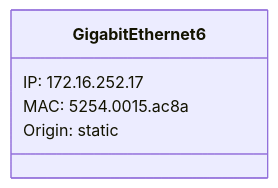
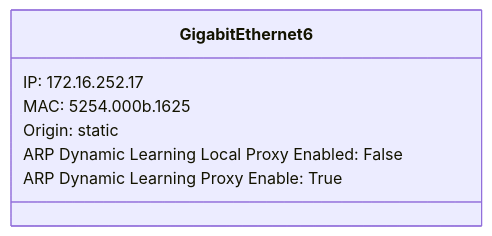
One commit to automateyournetwork/pyYAHTS changed the ninth of 11 diagrams in Examples/IOS-XE/dist-rtr01 arp class.md. Above: the diagram before and after it, drawn with Mermaid. The commit also changed other lines of this file and 34 other files, not shown here.

Commit message:
ios-xe class diagrams

````diff
--- a/Examples/IOS-XE/dist-rtr01 arp class.md
+++ b/Examples/IOS-XE/dist-rtr01 arp class.md
@@ -66,8 +82,10 @@
 ```mermaid
 classDiagram
 class GigabitEthernet6{
 IP: 172.16.252.17
-MAC: 5254.0015.ac8a
+MAC: 5254.000b.1625
 Origin: static
+ARP Dynamic Learning Local Proxy Enabled: False
+ARP Dynamic Learning Proxy Enable: True
 }
 ```
````
